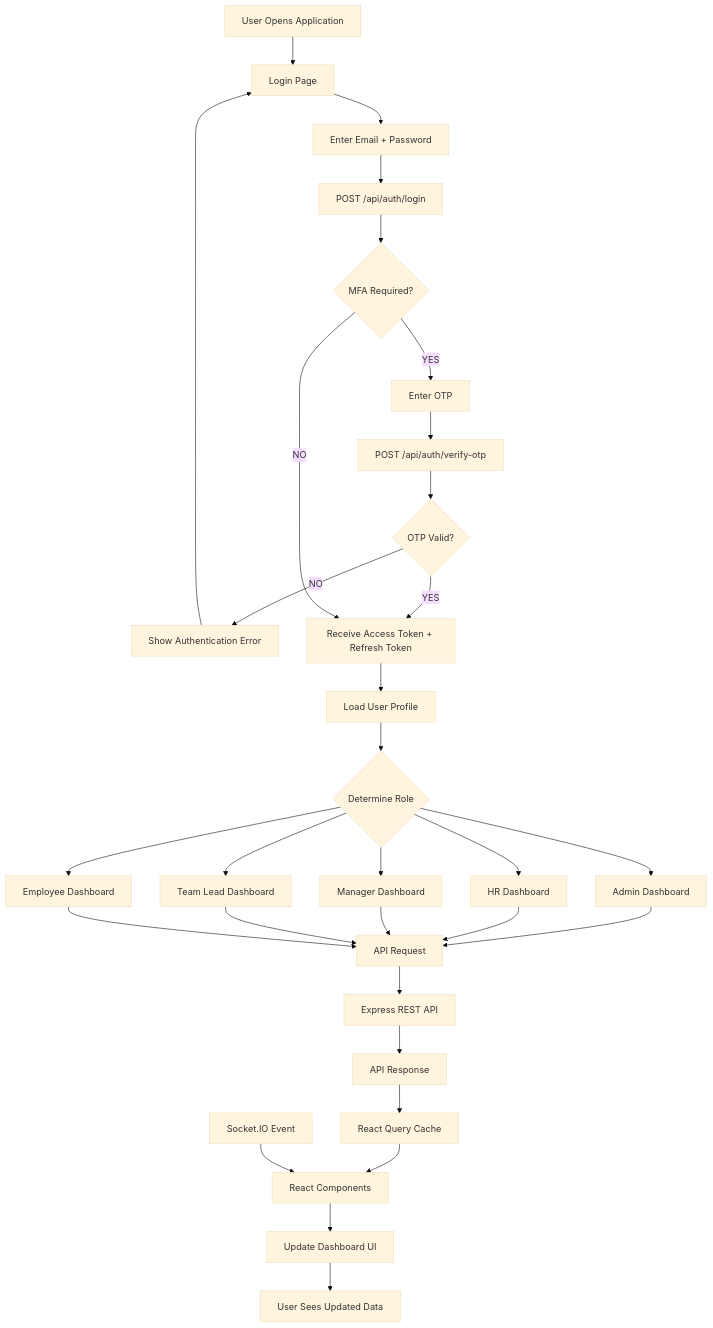
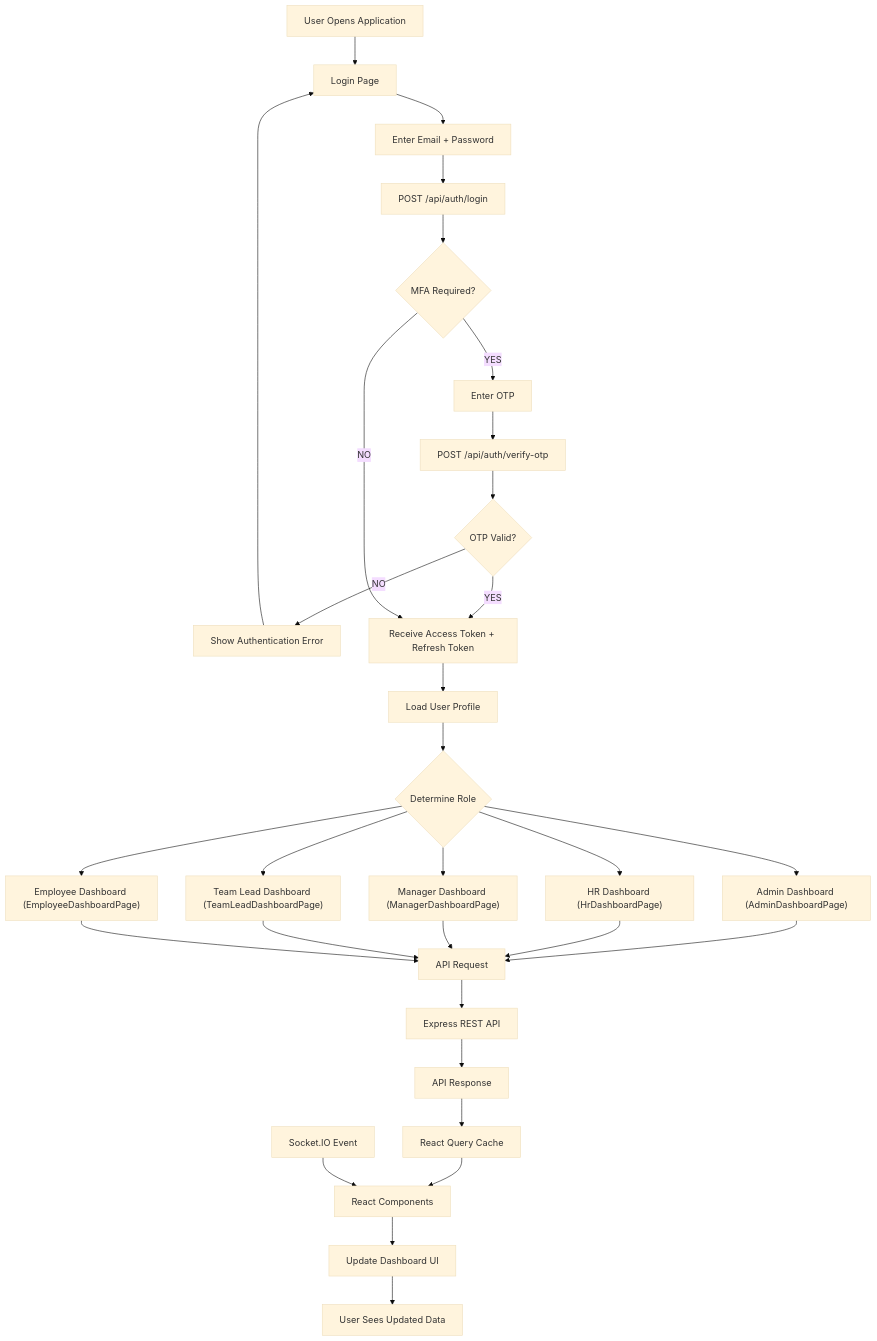
The diagram in docs/flowcharts/01-frontend-flow.md (maheswari-pinneti/WFA-SQLITE-Frontend-project), drawn with Mermaid (base theme) before and after one commit.

Commit message:
docs: Update frontend flow diagram to reference new modular dashboard page orchestrators

````diff
--- a/docs/flowcharts/01-frontend-flow.md
+++ b/docs/flowcharts/01-frontend-flow.md
@@ -5,40 +5,40 @@
 ```mermaid
 flowchart TD
     START["User Opens Application"] --> LOGIN["Login Page"]
     LOGIN --> CREDENTIALS["Enter Email + Password"]
     CREDENTIALS --> API_LOGIN["POST /api/auth/login"]
     
     API_LOGIN --> MFA_REQUIRED{"MFA Required?"}
     MFA_REQUIRED -->|YES| OTP["Enter OTP"]
     OTP --> VERIFY["POST /api/auth/verify-otp"]
     VERIFY --> OTP_VALID{"OTP Valid?"}
     OTP_VALID -->|NO| ERROR["Show Authentication Error"]
     ERROR --> LOGIN
     OTP_VALID -->|YES| TOKEN["Receive Access Token + Refresh Token"]
     
     MFA_REQUIRED -->|NO| TOKEN
     
     TOKEN --> PROFILE["Load User Profile"]
     PROFILE --> ROLE{"Determine Role"}
     
-    ROLE --> ADMIN["Admin Dashboard"]
-    ROLE --> HR["HR Dashboard"]
-    ROLE --> MANAGER["Manager Dashboard"]
-    ROLE --> LEAD["Team Lead Dashboard"]
-    ROLE --> EMP["Employee Dashboard"]
+    ROLE --> ADMIN["Admin Dashboard (AdminDashboardPage)"]
+    ROLE --> HR["HR Dashboard (HrDashboardPage)"]
+    ROLE --> MANAGER["Manager Dashboard (ManagerDashboardPage)"]
+    ROLE --> LEAD["Team Lead Dashboard (TeamLeadDashboardPage)"]
+    ROLE --> EMP["Employee Dashboard (EmployeeDashboardPage)"]
     
     ADMIN --> API["API Request"]
     HR --> API
     MANAGER --> API
     LEAD --> API
     EMP --> API
     
     API --> BACKEND["Express REST API"]
     BACKEND --> RESPONSE["API Response"]
     RESPONSE --> QUERY["React Query Cache"]
     QUERY --> COMPONENT["React Components"]
     COMPONENT --> DASHBOARD["Update Dashboard UI"]
     
     SOCKET["Socket.IO Event"] --> COMPONENT
     DASHBOARD --> END["User Sees Updated Data"]
 ```
````
